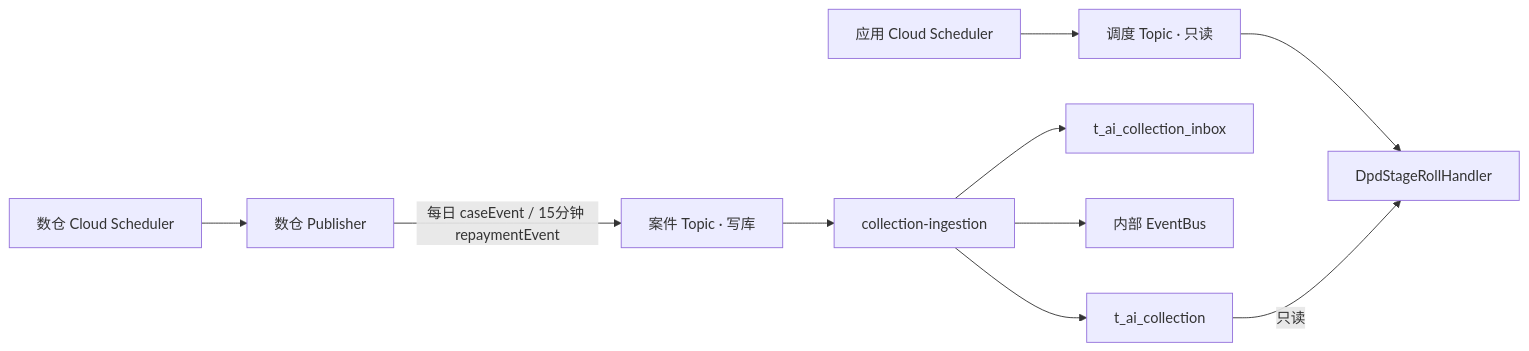
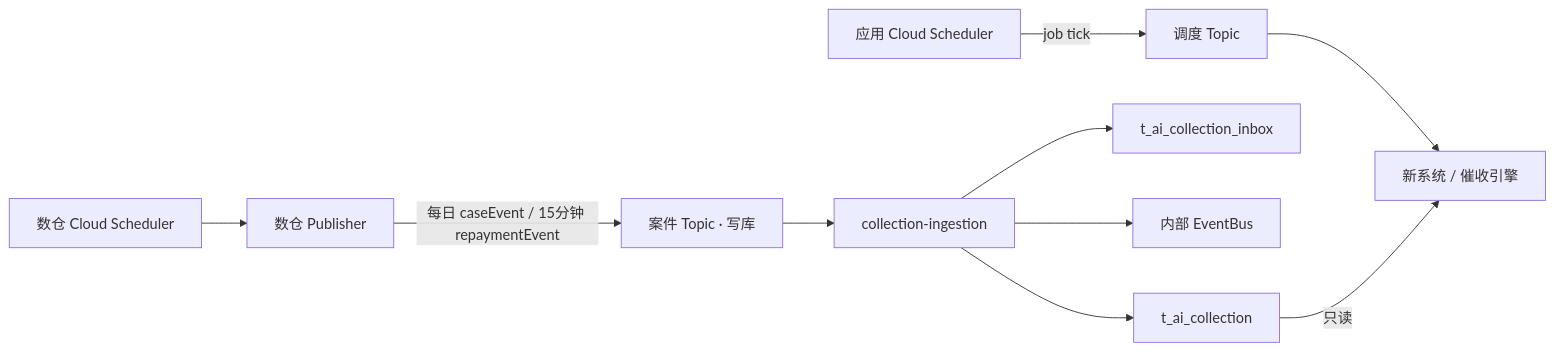
The diagram in docs/数仓_PubSub交付契约.md (katherineliu2102/Intelligent-Collection-V1), drawn with Mermaid before and after one commit. The commit also changed other lines of this file and 54 other files, not shown here.

````diff
--- a/docs/数仓_PubSub交付契约.md
+++ b/docs/数仓_PubSub交付契约.md
@@ -60,12 +63,12 @@
 ```mermaid
 flowchart LR
   warehouseScheduler["数仓 Cloud Scheduler"] --> publisher["数仓 Publisher"]
   publisher -->|"每日 caseEvent / 15分钟 repaymentEvent"| caseTopic["案件 Topic · 写库"]
   caseTopic --> ingestion["collection-ingestion"]
   ingestion --> projection["t_ai_collection"]
   ingestion --> inbox["t_ai_collection_inbox"]
   ingestion --> eventBus["内部 EventBus"]
-  appScheduler["应用 Cloud Scheduler"] --> scheduleTopic["调度 Topic · 只读"]
-  scheduleTopic --> dailyRoll["DpdStageRollHandler"]
-  projection -->|只读| dailyRoll
+  appScheduler["应用 Cloud Scheduler"] -->|"job tick"| scheduleTopic["调度 Topic"]
+  scheduleTopic --> app["新系统 / 催收引擎"]
+  projection -->|只读| app
 ```
````
